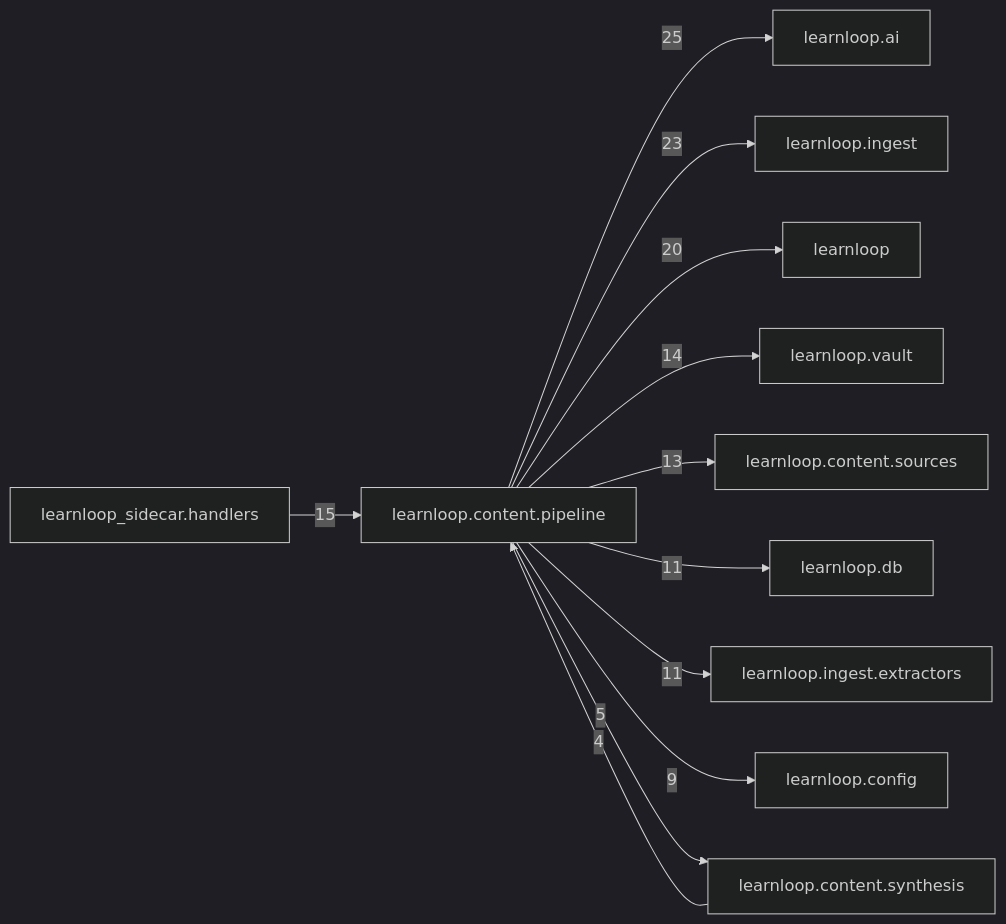
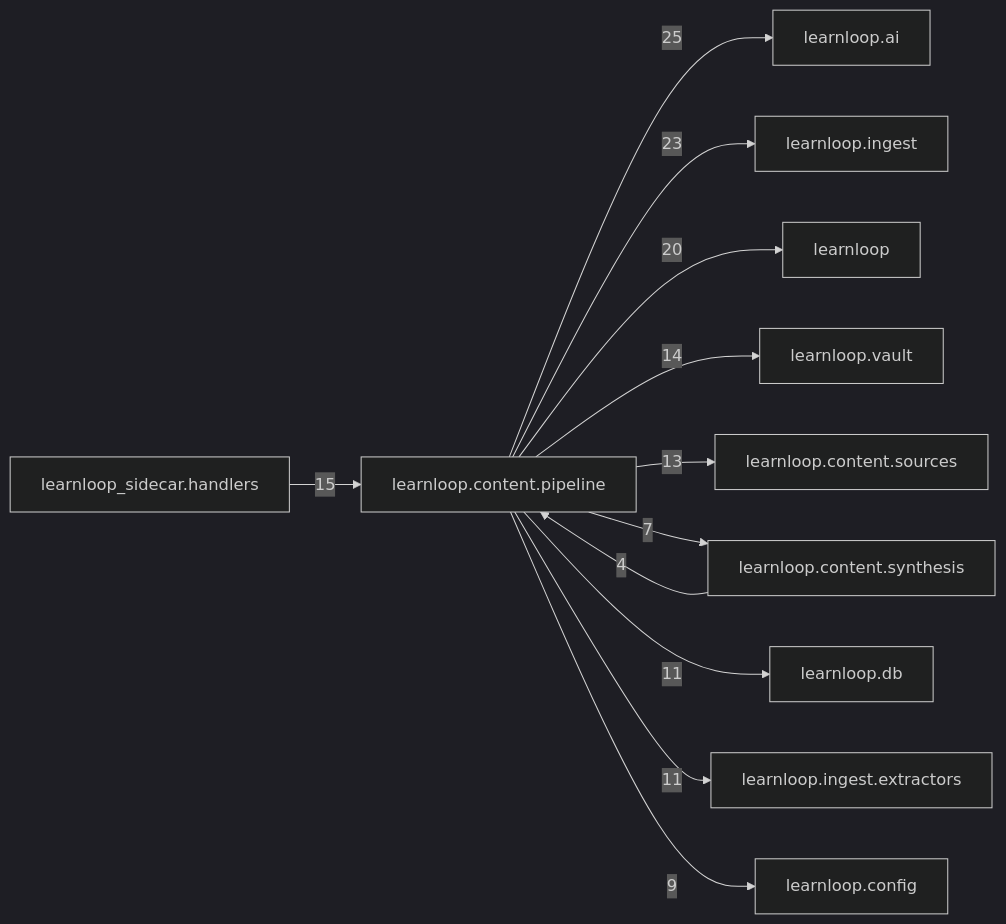
Before and after one commit to 6up-b/learnanything: the diagram in docs/learnloop-architecture-vault/Reference/Modules/learnloop/content/pipeline/_package.md, drawn with Mermaid (dark theme). The commit also changed other lines of this file and 90 other files, not shown here.

````diff
--- a/docs/learnloop-architecture-vault/Reference/Modules/learnloop/content/pipeline/_package.md
+++ b/docs/learnloop-architecture-vault/Reference/Modules/learnloop/content/pipeline/_package.md
@@ -119,25 +121,25 @@
 ```mermaid
 flowchart LR
     center["learnloop.content.pipeline"]
     n_learnloop_ai["learnloop.ai"]
     n_learnloop_ingest["learnloop.ingest"]
     n_learnloop["learnloop"]
     n_learnloop_sidecar_handlers["learnloop_sidecar.handlers"]
     n_learnloop_vault["learnloop.vault"]
     n_learnloop_content_sources["learnloop.content.sources"]
+    n_learnloop_content_synthesis["learnloop.content.synthesis"]
     n_learnloop_db["learnloop.db"]
     n_learnloop_ingest_extractors["learnloop.ingest.extractors"]
     n_learnloop_config["learnloop.config"]
-    n_learnloop_content_synthesis["learnloop.content.synthesis"]
     center -->|25| n_learnloop_ai
     center -->|23| n_learnloop_ingest
     center -->|20| n_learnloop
     n_learnloop_sidecar_handlers -->|15| center
     center -->|14| n_learnloop_vault
     center -->|13| n_learnloop_content_sources
+    n_learnloop_content_synthesis -->|4| center
+    center -->|7| n_learnloop_content_synthesis
     center -->|11| n_learnloop_db
     center -->|11| n_learnloop_ingest_extractors
     center -->|9| n_learnloop_config
-    n_learnloop_content_synthesis -->|4| center
-    center -->|5| n_learnloop_content_synthesis
 ```
````
